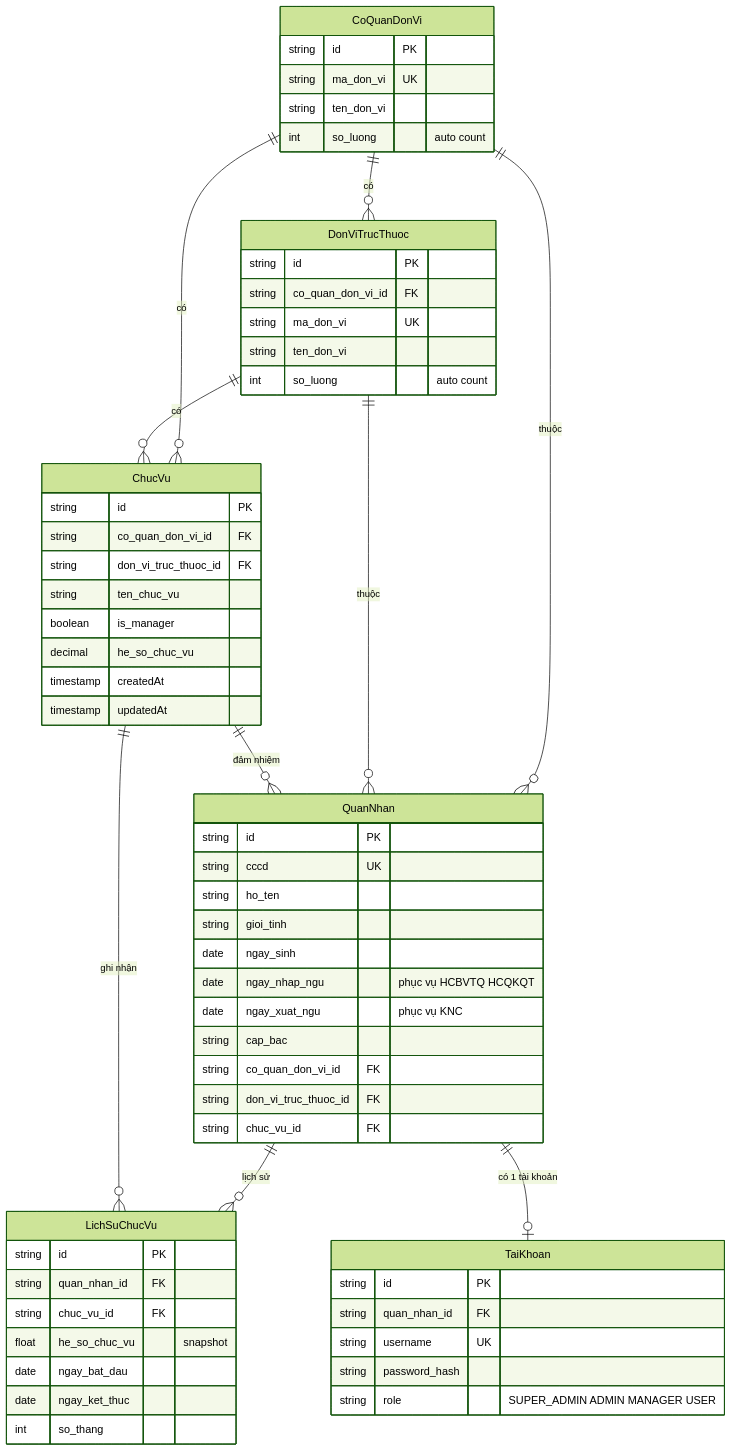
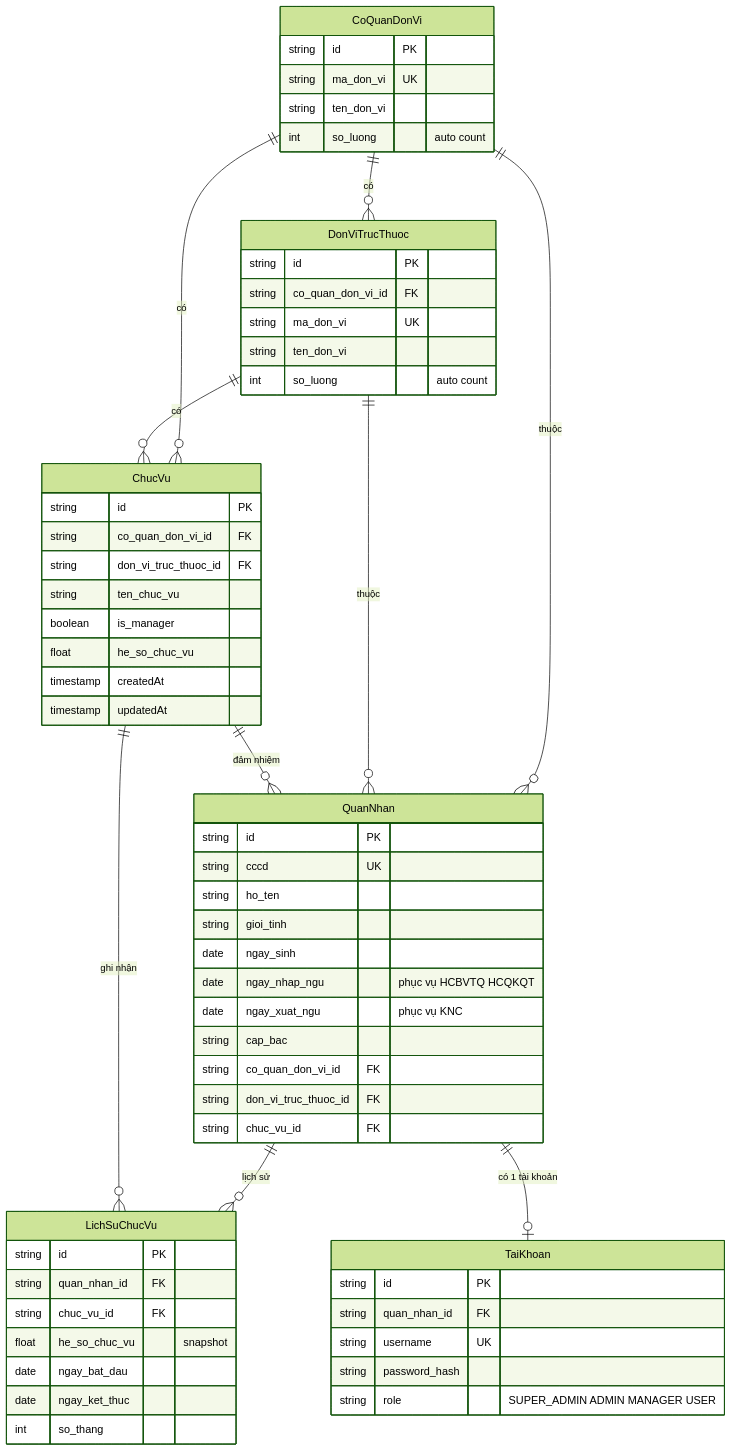
Before and after one commit to tranducbk/DATN_PM_QLKT: the second of 6 diagrams in docs/diagrams/06-erd.md, drawn with Mermaid (forest theme). The commit also changed other lines of this file and 309 other files, not shown here.

````diff
--- a/docs/diagrams/06-erd.md
+++ b/docs/diagrams/06-erd.md
@@ -380,65 +380,65 @@
 ```mermaid
 erDiagram
     CoQuanDonVi ||--o{ DonViTrucThuoc : "có"
     CoQuanDonVi ||--o{ ChucVu : "có"
     DonViTrucThuoc ||--o{ ChucVu : "có"
     CoQuanDonVi ||--o{ QuanNhan : "thuộc"
     DonViTrucThuoc ||--o{ QuanNhan : "thuộc"
     ChucVu ||--o{ QuanNhan : "đảm nhiệm"
     QuanNhan ||--o{ LichSuChucVu : "lịch sử"
     ChucVu ||--o{ LichSuChucVu : "ghi nhận"
     QuanNhan ||--o| TaiKhoan : "có 1 tài khoản"
 
     CoQuanDonVi {
         string id PK
         string ma_don_vi UK
         string ten_don_vi
         int so_luong "auto count"
     }
     DonViTrucThuoc {
         string id PK
         string co_quan_don_vi_id FK
         string ma_don_vi UK
         string ten_don_vi
         int so_luong "auto count"
     }
     ChucVu {
         string id PK
         string co_quan_don_vi_id FK
         string don_vi_truc_thuoc_id FK
         string ten_chuc_vu
         boolean is_manager
-        decimal he_so_chuc_vu
+        float he_so_chuc_vu
         timestamp createdAt
         timestamp updatedAt
     }
     QuanNhan {
         string id PK
         string cccd UK
         string ho_ten
         string gioi_tinh
         date ngay_sinh
         date ngay_nhap_ngu "phục vụ HCBVTQ HCQKQT"
         date ngay_xuat_ngu "phục vụ KNC"
         string cap_bac
         string co_quan_don_vi_id FK
         string don_vi_truc_thuoc_id FK
         string chuc_vu_id FK
     }
     LichSuChucVu {
         string id PK
         string quan_nhan_id FK
         string chuc_vu_id FK
         float he_so_chuc_vu "snapshot"
         date ngay_bat_dau
         date ngay_ket_thuc
         int so_thang
     }
     TaiKhoan {
         string id PK
         string quan_nhan_id FK
         string username UK
         string password_hash
         string role "SUPER_ADMIN ADMIN MANAGER USER"
     }
 ```
````
